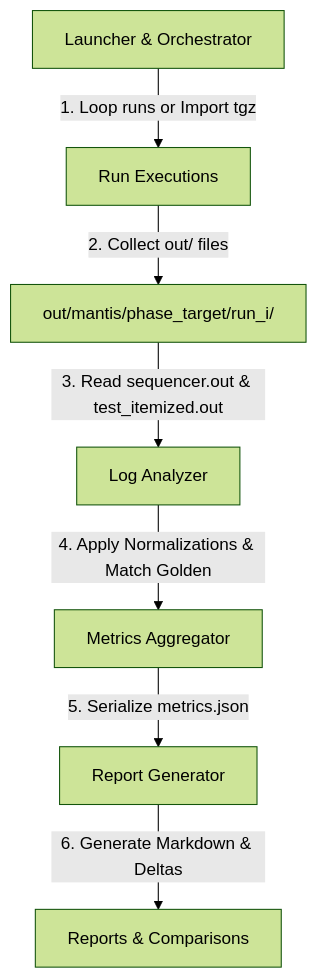
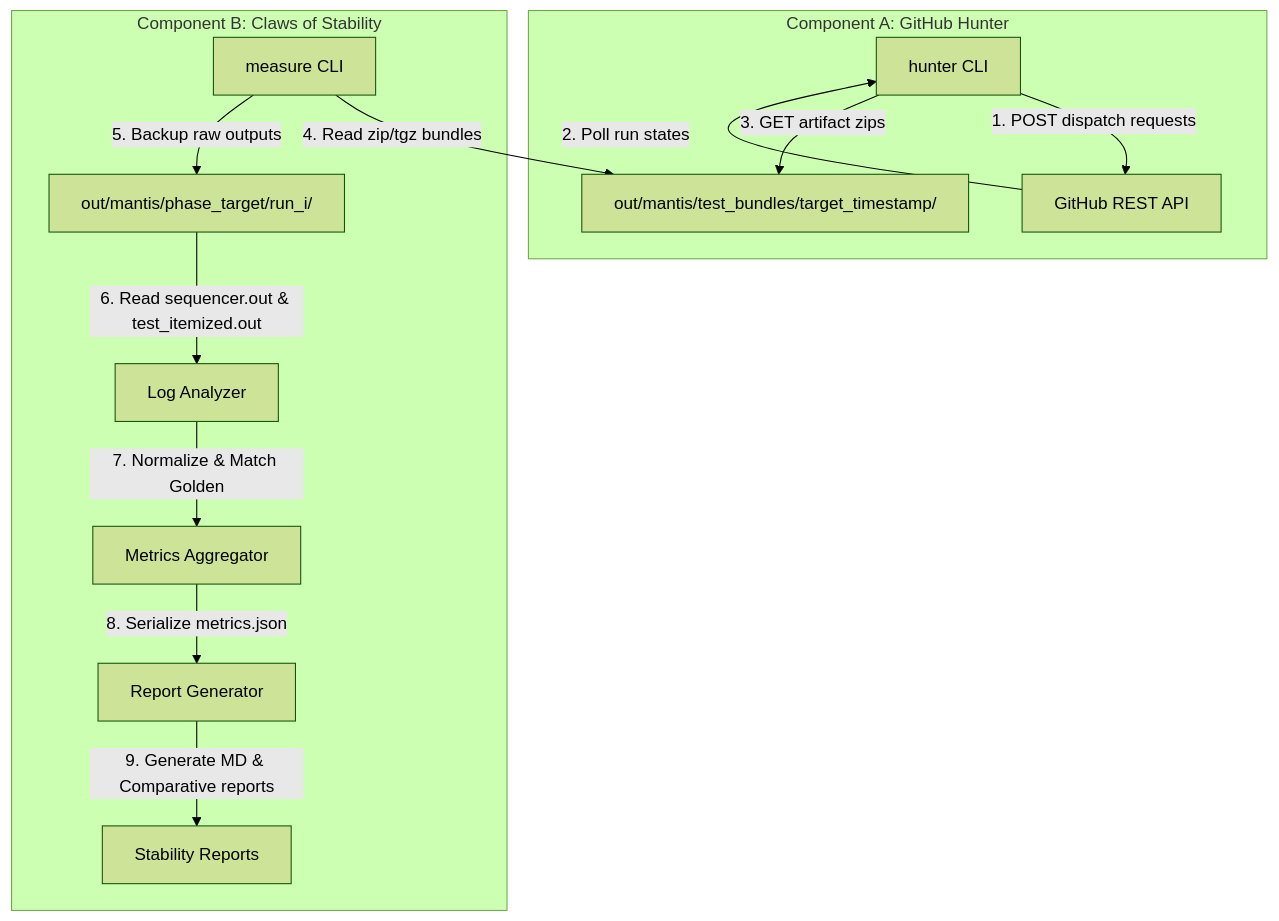
The diagram in mantis/docs/raptorial_claws_spec.md (faucetsdn/udmi), drawn with Mermaid (forest theme) before and after one commit. The commit also changed other lines of this file and 5 other files, not shown here.

Commit message:
feat(mantis): Modularize flakiness tracking into standalone measure tool and automated github_hunter

````diff
--- a/mantis/docs/raptorial_claws_spec.md
+++ b/mantis/docs/raptorial_claws_spec.md
@@ -17,9 +19,17 @@
 ```mermaid
 graph TD
-    Orchestrator[Launcher & Orchestrator] -->|1. Loop runs or Import tgz| Process[Run Executions]
-    Process -->|2. Collect out/ files| RunDir[out/mantis/phase_target/run_i/]
-    RunDir -->|3. Read sequencer.out & test_itemized.out| Analyzer[Log Analyzer]
-    Analyzer -->|4. Apply Normalizations & Match Golden| Aggregator[Metrics Aggregator]
-    Aggregator -->|5. Serialize metrics.json| Reporter[Report Generator]
-    Reporter -->|6. Generate Markdown & Deltas| Markdown[Reports & Comparisons]
+    subgraph Component A: GitHub Hunter
+        Hunter[hunter CLI] -->|1. POST dispatch requests| GitHubAPI[GitHub REST API]
+        GitHubAPI -->|2. Poll run states| Hunter
+        Hunter -->|3. GET artifact zips| BundlesDir[out/mantis/test_bundles/target_timestamp/]
+    end
+
+    subgraph Component B: Claws of Stability
+        Measure[measure CLI] -->|4. Read zip/tgz bundles| BundlesDir
+        Measure -->|5. Backup raw outputs| RunBackup[out/mantis/phase_target/run_i/]
+        RunBackup -->|6. Read sequencer.out & test_itemized.out| Analyzer[Log Analyzer]
+        Analyzer -->|7. Normalize & Match Golden| Aggregator[Metrics Aggregator]
+        Aggregator -->|8. Serialize metrics.json| Reporter[Report Generator]
+        Reporter -->|9. Generate MD & Comparative reports| Markdown[Stability Reports]
+    end
 ```
````
